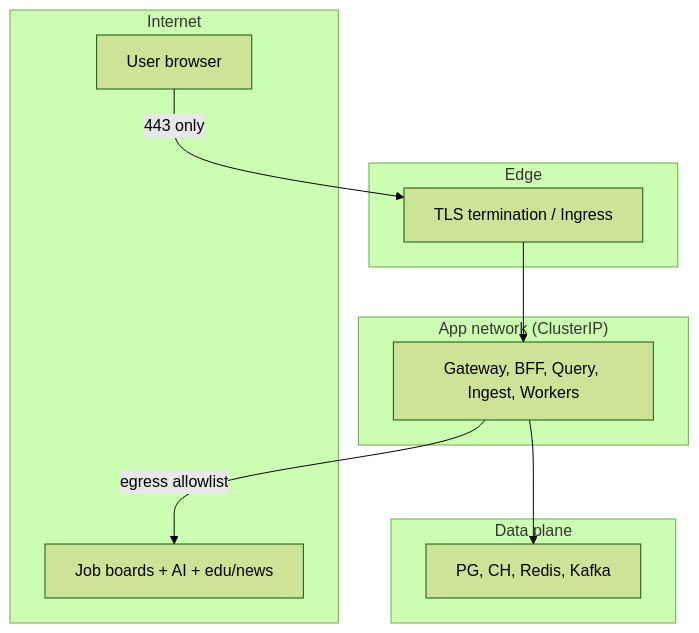
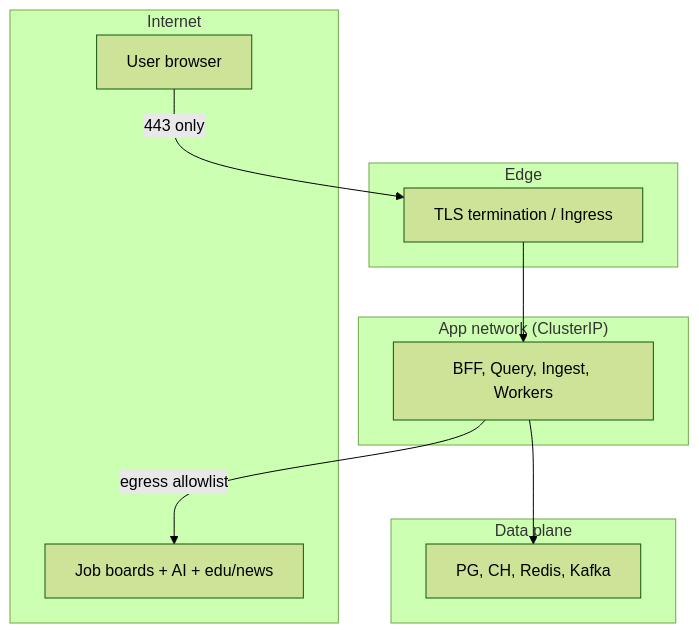
The fourth of 4 diagrams in docs/architecture/01-system-context.md (Chuchoss/it-labor-pulse), drawn with Mermaid (forest theme) before and after one commit. The commit also changed other lines of this file and 30 other files, not shown here.

First line of the commit message:
refactor(api): drop separate gateway; public BFF on :8080

````diff
--- a/docs/architecture/01-system-context.md
+++ b/docs/architecture/01-system-context.md
@@ -118,24 +117,24 @@
 ```mermaid
 flowchart TB
   subgraph Internet
     User[User browser]
     ExtAPIs[Job boards + AI + edu/news]
   end
 
   subgraph DMZ["Edge"]
     Ingress[TLS termination / Ingress]
   end
 
   subgraph AppNet["App network (ClusterIP)"]
-    Services[Gateway, BFF, Query, Ingest, Workers]
+    Services[BFF, Query, Ingest, Workers]
   end
 
   subgraph DataNet["Data plane"]
     Stores[PG, CH, Redis, Kafka]
   end
 
   User -->|443 only| Ingress
   Ingress --> Services
   Services -->|egress allowlist| ExtAPIs
   Services --> Stores
 ```
````
